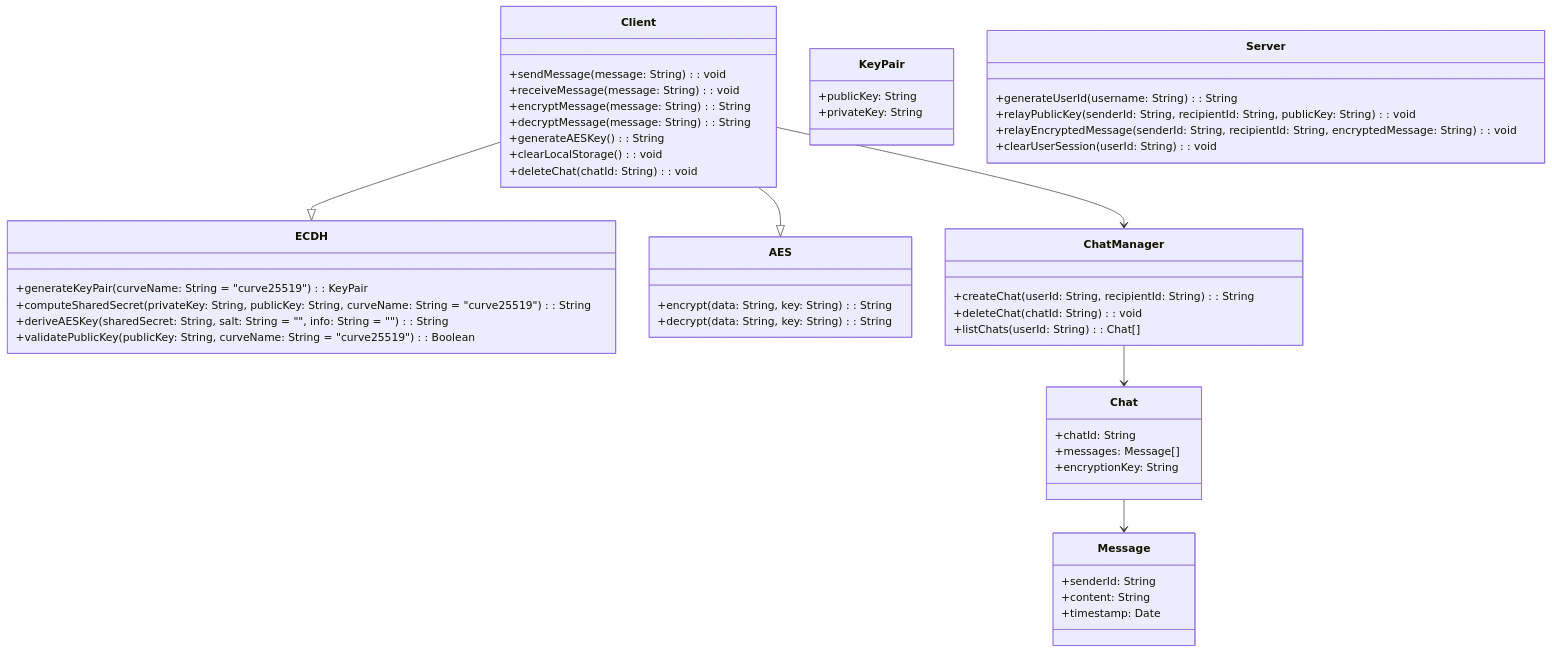
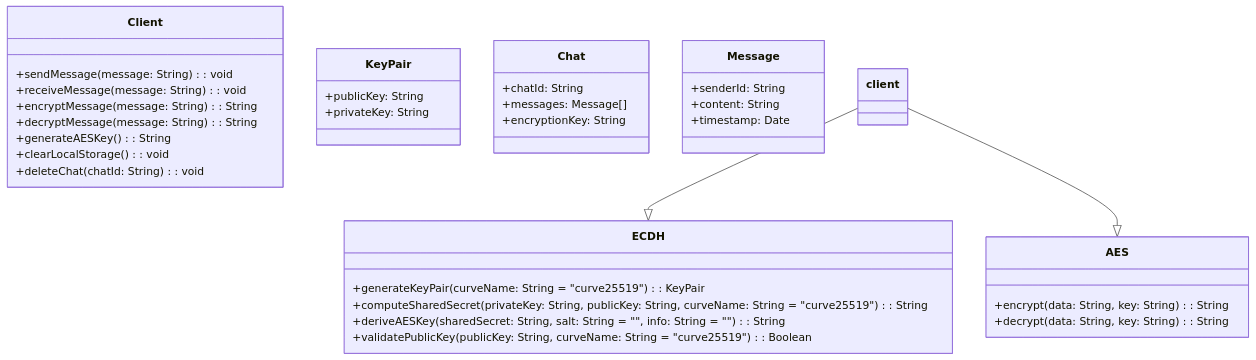
One commit to GuillaumeDorschner/RTU-CryptoChatApp changed the fourth of 5 diagrams in Technical Design System.md. Above: the diagram before and after it, drawn with Mermaid. The commit also changed other lines of this file and 10 other files, not shown here.

````diff
--- a/Technical Design System.md
+++ b/Technical Design System.md
@@ -105,62 +106,45 @@
 ```mermaid
 classDiagram
-
-
     class Client {
         +sendMessage(message: String): void
         +receiveMessage(message: String): void
         +encryptMessage(message: String): String
         +decryptMessage(message: String): String
         +generateAESKey(): String
         +clearLocalStorage(): void
         +deleteChat(chatId: String): void
     }
 
     class ECDH {
         +generateKeyPair(curveName: String = "curve25519"): KeyPair
         +computeSharedSecret(privateKey: String, publicKey: String, curveName: String = "curve25519"): String
         +deriveAESKey(sharedSecret: String, salt: String = "", info: String = ""): String
         +validatePublicKey(publicKey: String, curveName: String = "curve25519"): Boolean
     }
 
     class KeyPair {
         +publicKey: String
         +privateKey: String
     }
 
-    class Server {
-        +generateUserId(username: String): String
-        +relayPublicKey(senderId: String, recipientId: String, publicKey: String): void
-        +relayEncryptedMessage(senderId: String, recipientId: String, encryptedMessage: String): void
-        +clearUserSession(userId: String): void
-    }
 
     class AES {
         +encrypt(data: String, key: String): String
         +decrypt(data: String, key: String): String
-    }
-
-    class ChatManager {
-        +createChat(userId: String, recipientId: String): String
-        +deleteChat(chatId: String): void
-        +listChats(userId: String): Chat[]
     }
 
     class Chat {
         +chatId: String
         +messages: Message[]
         +encryptionKey: String
     }
 
     class Message {
         +senderId: String
         +content: String
         +timestamp: Date
     }
 
-    Client --|> ECDH
-    Client --|> AES
-    Client --> ChatManager
-    ChatManager --> Chat
-    Chat --> Message
+    client --|> ECDH
+    client --|> AES
 ```
````
